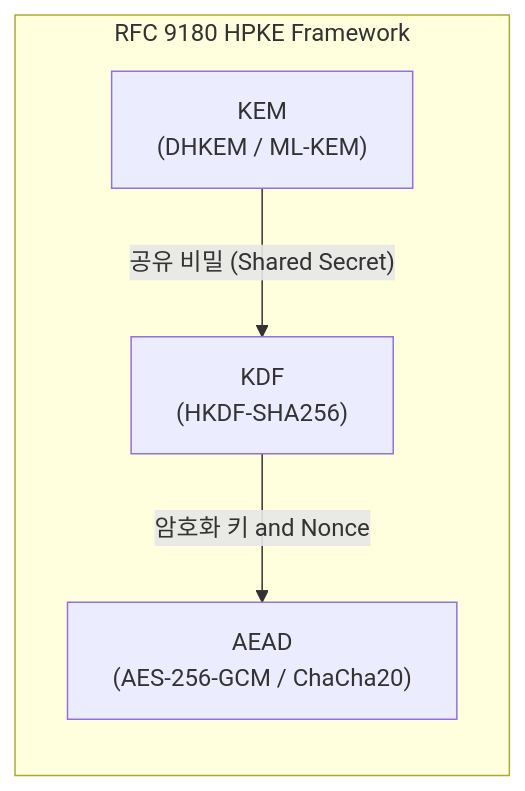
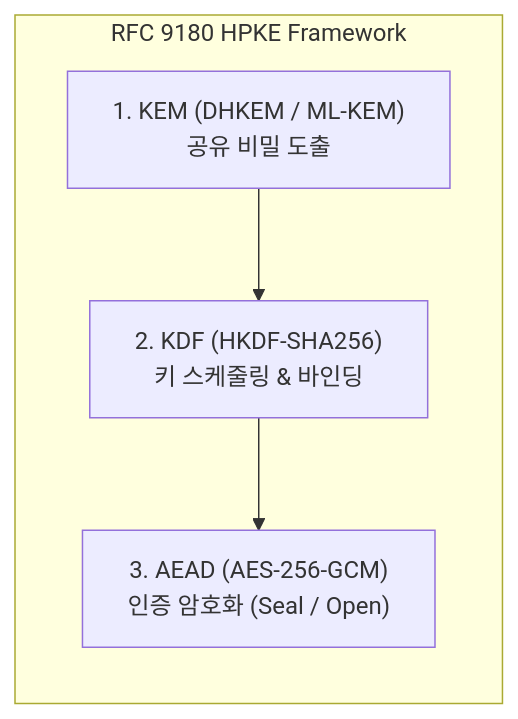
The second of 2 diagrams in docs/ko/02-modern-hpke/index.md (auking45/applied-pqc-lab), drawn with Mermaid before and after one commit. The commit also changed other lines of this file and 9 other files, not shown here.

First line of the commit message:
feat(hpke): add RFC 9180 HPKE architecture docs and 4-language Base mode examples

````diff
--- a/docs/ko/02-modern-hpke/index.md
+++ b/docs/ko/02-modern-hpke/index.md
@@ -6,8 +35,7 @@
 ```mermaid
 flowchart LR
     subgraph HPKE["RFC 9180 HPKE Framework"]
-        direction TB
-        KEM["KEM<br>(DHKEM / ML-KEM)"] -->|"공유 비밀 (Shared Secret)"| KDF["KDF<br>(HKDF-SHA256)"]
-        KDF -->|"암호화 키 and Nonce"| AEAD["AEAD<br>(AES-256-GCM / ChaCha20)"]
+        KEM["1. KEM (DHKEM / ML-KEM)<br>공유 비밀 도출"] --> KDF["2. KDF (HKDF-SHA256)<br>키 스케줄링 & 바인딩"]
+        KDF --> AEAD["3. AEAD (AES-256-GCM)<br>인증 암호화 (Seal / Open)"]
     end
 ```
````
